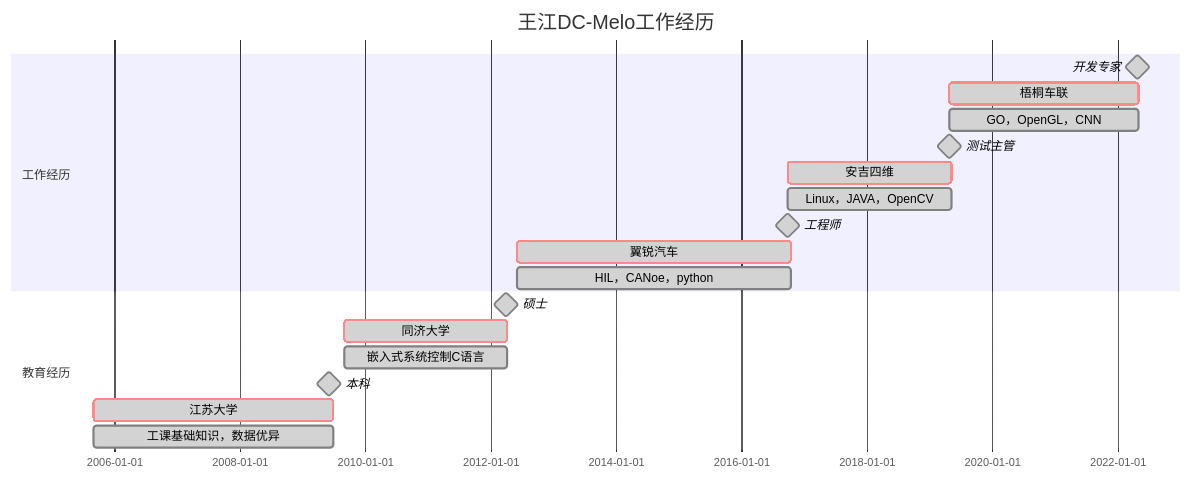
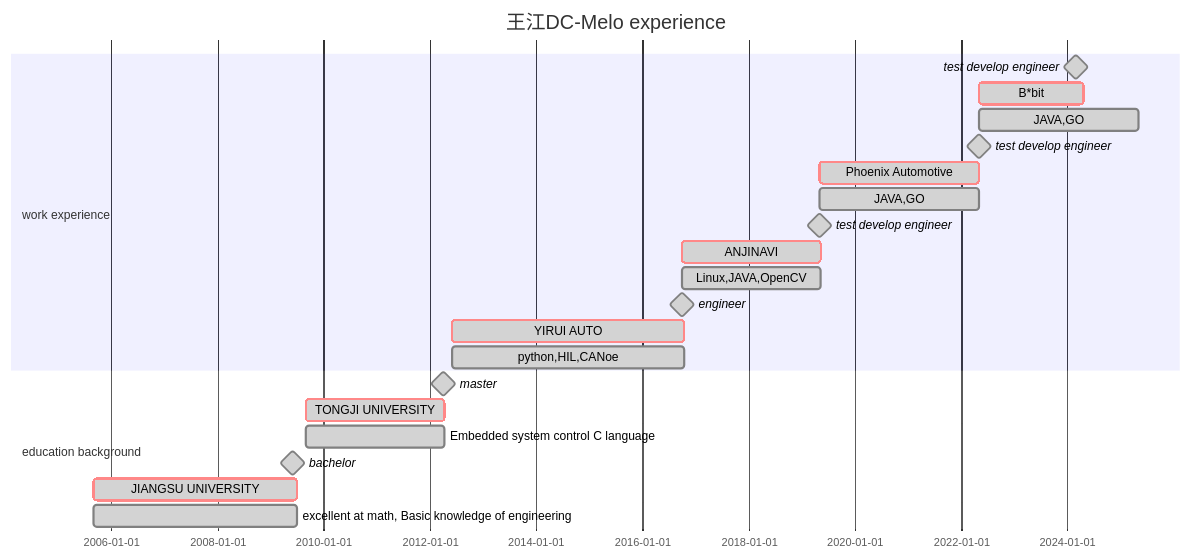
Before and after one commit to DC-Melo/README: the diagram in README.md, drawn with Mermaid. The commit also changed other lines of this file, not shown here.

Commit message:
change diag

````diff
--- a/README.md
+++ b/README.md
@@ -32,24 +32,27 @@
 ```mermaid
 gantt
-    title 王江DC-Melo工作经历
-    dateFormat  YYYY-MM
+title 王江DC-Melo experience 
+dateFormat  YYYY-MM
 
-    section 工作经历
-    开发专家               : done , milestone , level   , 2022-05 , 0d
-    梧桐车联               : crit , done      , stage   , 2019-05 , 1100d
-    GO，OpenGL，CNN        : done , get skill , 2019-05 , 1100d
-    测试主管               : done , milestone , level   , 2019-05 , 0d
-    安吉四维               : crit , done      , stage   , 2016-10 , 950d
-    Linux，JAVA，OpenCV    : done , get skill , 2016-10 , 950d
-    工程师                 : done , milestone , level   , 2016-10 , 0d
-    翼锐汽车               : crit , done      , stage   , 2012-06 , 1600d
-    HIL，CANoe，python     : done , get skill , 2012-06 , 1600d
+section work experience
+test develop engineer : done , milestone , level   , 2024-03 , 0d
+B*bit                 : crit , done      , stage   , 2022-05 , 720d
+JAVA,GO               : done , get skill , 2022-05 , 1100d
+test develop engineer : done , milestone , level   , 2022-05 , 0d
+Phoenix Automotive    : crit , done      , stage   , 2019-05 , 1100d
+JAVA,GO               : done , get skill , 2019-05 , 1100d
+test develop engineer : done , milestone , level   , 2019-05 , 0d
+ANJINAVI              : crit , done      , stage   , 2016-10 , 950d
+Linux,JAVA,OpenCV     : done , get skill , 2016-10 , 950d
+engineer              : done , milestone , level   , 2016-10 , 0d
+YIRUI AUTO            : crit , done      , stage   , 2012-06 , 1600d
+python,HIL,CANoe      : done , get skill , 2012-06 , 1600d
 
-    section 教育经历
-    硕士                   : done , milestone , level   , 2012-04 , 0d
-    同济大学               : crit , done      , stage   , 2009-09 , 950d
-    嵌入式系统控制C语言    : done , get skill , 2009-09 , 950d
-    本科                   : done , milestone , level   , 2009-06 , 0d
-    江苏大学               : crit , done      , stage   , 2005-09 , 1400d
-    工课基础知识，数据优异 : done , get skill , 2005-09 , 1400d
+section education background
+master                                            : done , milestone , level   , 2012-04 , 0d
+TONGJI UNIVERSITY                                 : crit , done      , stage   , 2009-09 , 950d
+Embedded system control C language                : done , get skill , 2009-09 , 950d
+bachelor                                          : done , milestone , level   , 2009-06 , 0d
+JIANGSU UNIVERSITY                                : crit , done      , stage   , 2005-09 , 1400d
+excellent at math, Basic knowledge of engineering : done , get skill , 2005-09 , 1400d
 ```
````
